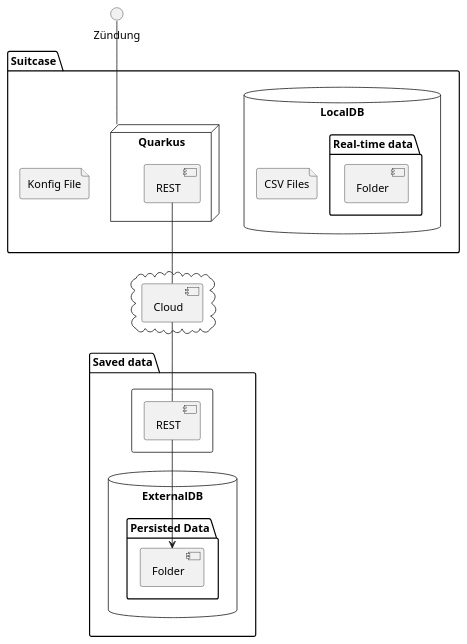
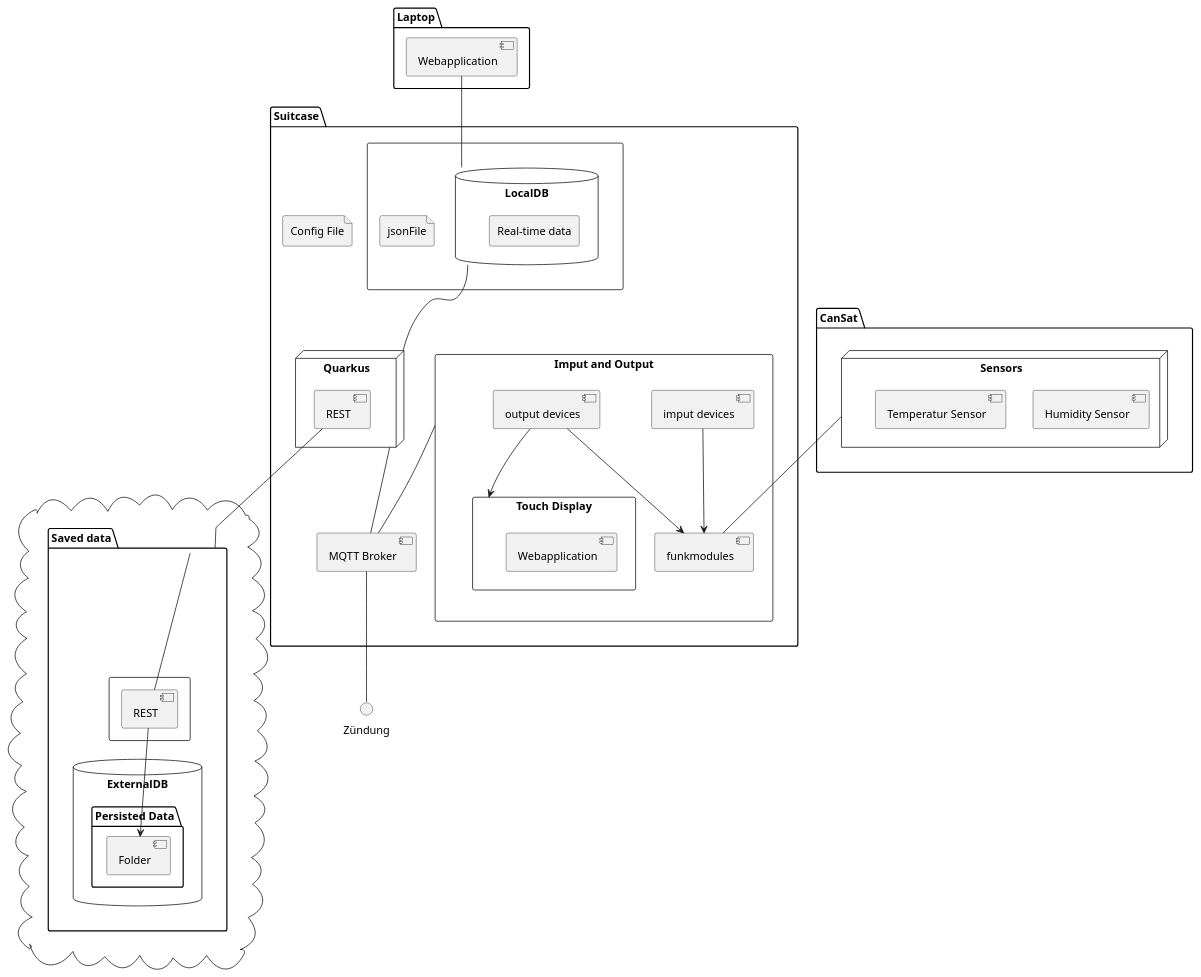
Before and after one commit to htl-leonding-project/rocketman: the second of 2 diagrams in asciidocs/ahitm/system-specification.adoc, drawn with PlantUML. The commit also changed 1 other file, not shown here.

```diff
--- a/asciidocs/ahitm/system-specification.adoc
+++ b/asciidocs/ahitm/system-specification.adoc
@@ -152,46 +152,71 @@
-[plantuml]
+[plantuml, systemarchitecture, png]
 ----
-package Suitcase{
+package Suitcase {
 
-    database "LocalDB" {
-      folder "Real-time data" {
-        [Folder] as f2
-      }
-
-      file "CSV Files"
+rectangle {
+    database "LocalDB" as ldb{
+          rectangle "Real-time data" as rtdata{
+          }
+    }
+    File jsonFile
 
     }
+    node "Quarkus" as q {
+            [REST] as r1
+        }
 
-    node "Quarkus" as q{
-        [REST] as r1
-      }
+    file "Config File"
 
-    file "Konfig File"
+    rectangle "Imput and Output" as io{
+        [funkmodules] as fm
+        [imput devices] as id
+        [output devices] as od
 
+        rectangle "Touch Display" as td{
+            [Webapplication] as w1
+        }
+    }
+
+    [MQTT Broker]
 }
 
 
-package "Saved data"{
+package CanSat {
+    node "Sensors" as s {
+        [Humidity Sensor]
+        [Temperatur Sensor]
+    }
+}
 
-    database "ExternalDB" {
-      folder "Persisted Data" {
-        [Folder] as f1
-      }
-    }
-
-    rectangle {
-        [REST] as r2
-    }
-
+package "Laptop" {
+    [Webapplication] as w2
 }
 
 cloud {
-  [Cloud]
+
+
+    package "Saved data" as sd{
+        database "ExternalDB" {
+          folder "Persisted Data" {
+            [Folder] as f1
+          }
+        }
+        rectangle {
+            [REST] as r2
+        }
+    }
 }
 
-[r1] -- [Cloud]
-[Cloud] -- [r2]
+w2 -- ldb
+ldb -- q
+[r1] -- sd
+sd -- [r2]
+q -- [MQTT Broker]
 [r2] --> [f1]
-Zündung -- q
-
+[MQTT Broker] -down- Zündung
+id --> fm
+od --> fm
+od --> td
+io -- [MQTT Broker]
+s -- fm
 ----
```
